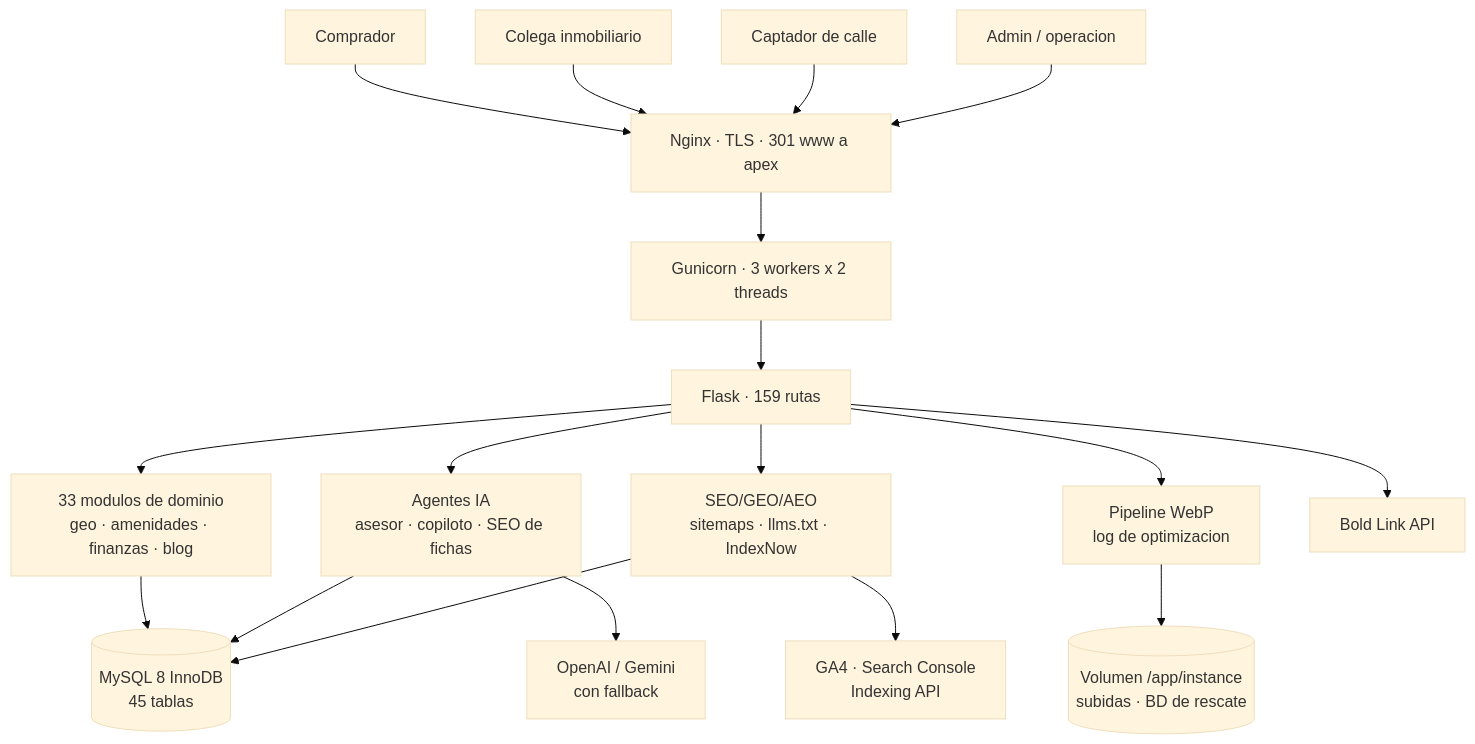
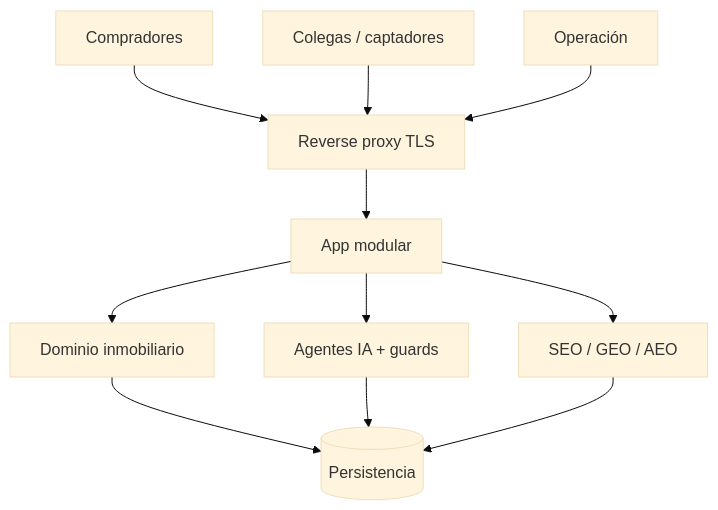
One commit to medellinwebsoluciones/web-ricardo changed the diagram in docs/portfolio-briefs/arch/auge-urbano.mmd. Above: the diagram before and after it, drawn with Mermaid (base theme). The commit also changed 45 other files, not shown here.

```diff
--- a/docs/portfolio-briefs/arch/auge-urbano.mmd
+++ b/docs/portfolio-briefs/arch/auge-urbano.mmd
@@ -1,22 +1,11 @@
 flowchart TB
-  Buyer[Comprador] --> Nginx
-  Partner[Colega inmobiliario] --> Nginx
-  Scout[Captador de calle] --> Nginx
-  Admin[Admin / operacion] --> Nginx
-
-  Nginx[Nginx · TLS · 301 www a apex] --> Gunicorn[Gunicorn · 3 workers x 2 threads]
-  Gunicorn --> Flask[Flask · 159 rutas]
-
-  Flask --> Domain[33 modulos de dominio<br/>geo · amenidades · finanzas · blog]
-  Flask --> AI[Agentes IA<br/>asesor · copiloto · SEO de fichas]
-  Flask --> SEO[SEO/GEO/AEO<br/>sitemaps · llms.txt · IndexNow]
-  Flask --> Media[Pipeline WebP<br/>log de optimizacion]
-
-  Domain --> MySQL[(MySQL 8 InnoDB<br/>45 tablas)]
-  AI --> MySQL
-  SEO --> MySQL
-  Media --> Vol[(Volumen /app/instance<br/>subidas · BD de rescate)]
-
-  AI --> LLM[OpenAI / Gemini<br/>con fallback]
-  Flask --> Bold[Bold Link API]
-  SEO --> Google[GA4 · Search Console<br/>Indexing API]
+  Buy[Compradores] --> Edge[Reverse proxy TLS]
+  Col[Colegas / captadores] --> Edge
+  Adm[Operación] --> Edge
+  Edge --> App[App modular]
+  App --> Dom[Dominio inmobiliario]
+  App --> AI[Agentes IA + guards]
+  App --> SEO[SEO / GEO / AEO]
+  Dom --> DB[(Persistencia)]
+  AI --> DB
+  SEO --> DB
```
